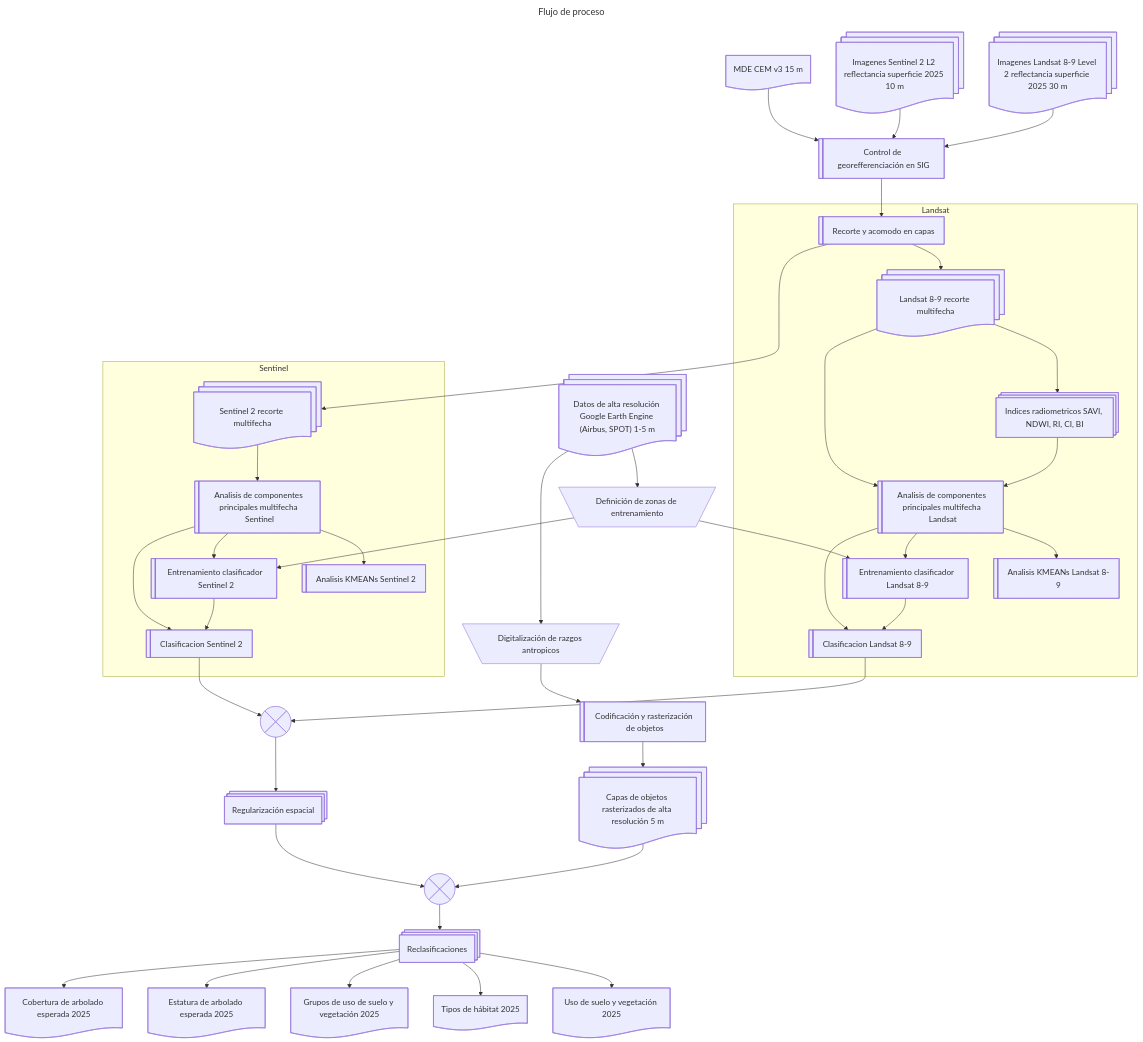
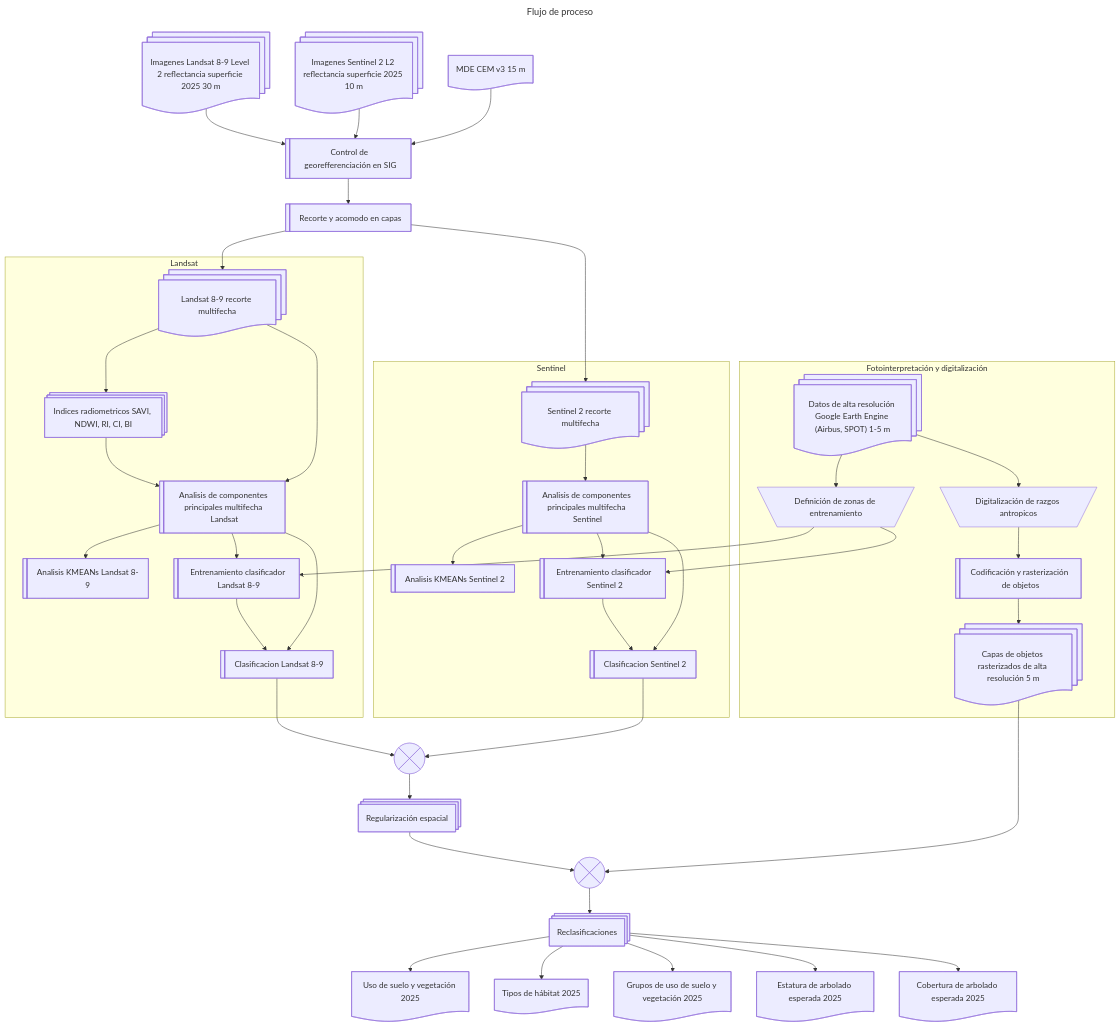
One commit to vshalisko/mixed_GIS_related_scripts changed the diagram in LULC/Tapalpa_flujo_de_proceso.mermaid. Above: the diagram before and after it, drawn with Mermaid.

```diff
--- a/LULC/Tapalpa_flujo_de_proceso.mermaid
+++ b/LULC/Tapalpa_flujo_de_proceso.mermaid
@@ -1,78 +1,81 @@
 ---
 title: Flujo de proceso
 ---
 flowchart TD
     L8@{ shape: docs, label: "Imagenes Landsat 8-9 Level 2 reflectancia superficie 2025 30 m"}
     S2@{ shape: docs, label: "Imagenes Sentinel 2 L2 reflectancia superficie 2025 10 m"}
     HR@{ shape: docs, label: "Datos de alta resolución Google Earth Engine (Airbus, SPOT) 1-5 m"}
     MDE@{ shape: doc, label: "MDE CEM v3 15 m"}
     SIG@{ shape: lin-rect, label: "Control de georefferenciación en SIG"}
     CLIP@{ shape: lin-rect, label: "Recorte y acomodo en capas"}
     SAVI@{ shape: procs, label: "Indices radiometricos SAVI, NDWI, RI, CI, BI"}
     PCA1@{ shape: lin-rect, label: "Analisis de componentes principales multifecha Landsat"}
     PCA2@{ shape: lin-rect, label: "Analisis de componentes principales multifecha Sentinel"}
     L8C@{ shape: docs, label: "Landsat 8-9 recorte multifecha"}
     S2C@{ shape: docs, label: "Sentinel 2 recorte multifecha"}
     DIG@{ shape: trap-t, label: "Digitalización de razgos antropicos"}
     DIGR@{ shape: lin-rect, label: "Codificación y rasterización de objetos"}
     HRR@{ shape: docs, label: "Capas de objetos rasterizados de alta resolución 5 m"}
     TZ@{ shape: trap-t, label: "Definición de zonas de entrenamiento"}
     KMEAN1@{ shape: lin-rect, label: "Analisis KMEANs Landsat 8-9"}
     KMEAN2@{ shape: lin-rect, label: "Analisis KMEANs Sentinel 2"}
     TRAIN1@{ shape: lin-rect, label: "Entrenamiento clasificador Landsat 8-9"}
     TRAIN2@{ shape: lin-rect, label: "Entrenamiento clasificador Sentinel 2"}
     CLASS1@{ shape: lin-rect, label: "Clasificacion Landsat 8-9"}
     CLASS2@{ shape: lin-rect, label: "Clasificacion Sentinel 2"}
     REG@{ shape: procs, label: "Regularización espacial"}
     FUS1@{ shape: cross-circ, label: "Fusión de clasificaicones" }
     FUS2@{ shape: cross-circ, label: "Fusión con objetos rasterizados" }
     RECLASS@{ shape: procs, label: "Reclasificaciones"}
     LULC@{ shape: doc, label: "Uso de suelo y vegetación 2025"}
     LULCG@{ shape: doc, label: "Grupos de uso de suelo y vegetación 2025"}
     LULCH@{ shape: doc, label: "Tipos de hábitat 2025"}
     LULCA@{ shape: doc, label: "Estatura de arbolado esperada 2025"}
     LULCC@{ shape: doc, label: "Cobertura de arbolado esperada 2025"}
 
     L8-->SIG
     S2-->SIG
     MDE-->SIG
     SIG-->CLIP
+    CLIP-->L8C
+    CLIP-->S2C
 
     subgraph s1["Landsat"]
-        CLIP-->L8C
         L8C-->SAVI
         SAVI-->PCA1
         L8C-->PCA1
         PCA1-->KMEAN1
         PCA1-->TRAIN1
         TRAIN1-->CLASS1
         PCA1-->CLASS1
     end
     subgraph s2["Sentinel"]
-        CLIP-->S2C
         S2C-->PCA2
         PCA2-->KMEAN2
         PCA2-->TRAIN2
         TRAIN2-->CLASS2
         PCA2-->CLASS2
     end
 
     CLASS1-->FUS1
     CLASS2-->FUS1
 
-    HR-->TZ
-    TZ-->TRAIN1
-    TZ-->TRAIN2
-    HR-->DIG
-    DIG-->DIGR
-    DIGR-->HRR
+    subgraph s3["Fotointerpretación y digitalización"]
+        HR-->TZ
+        TZ-->TRAIN1
+        TZ-->TRAIN2
+        HR-->DIG
+        DIG-->DIGR
+        DIGR-->HRR
+    end
+
     FUS1-->REG
     REG-->FUS2
     HRR-->FUS2
 
     FUS2-->RECLASS
     RECLASS-->LULC
     RECLASS-->LULCH
     RECLASS-->LULCG
     RECLASS-->LULCA
     RECLASS-->LULCC
```
